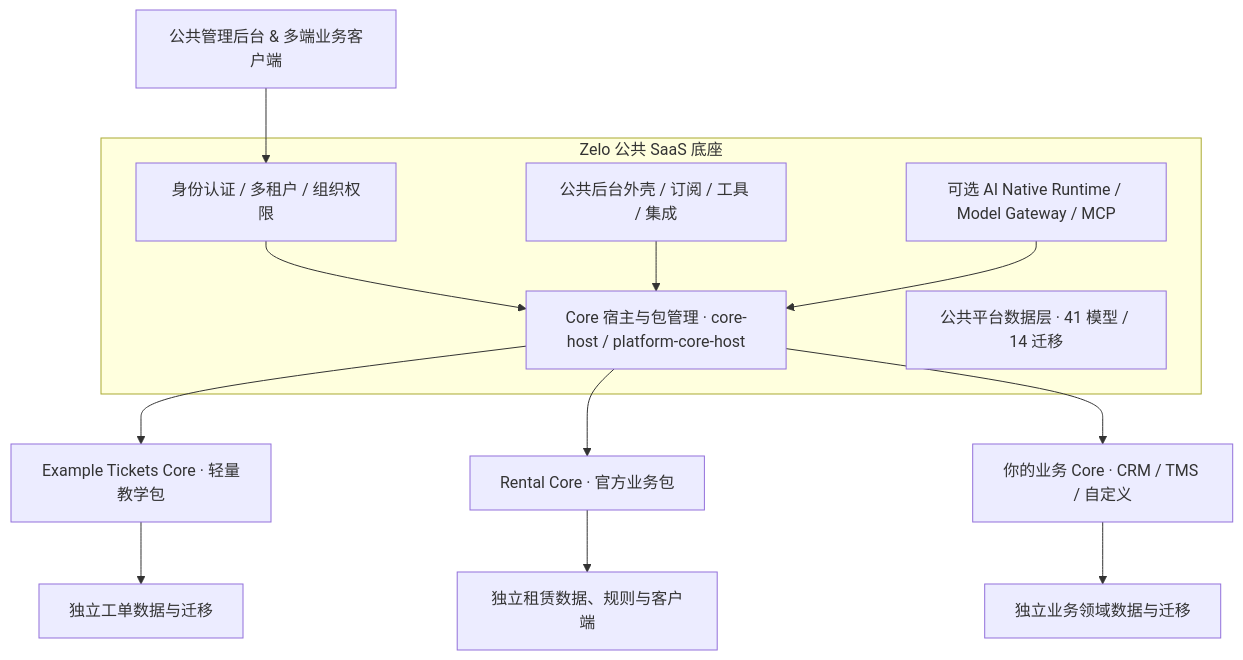
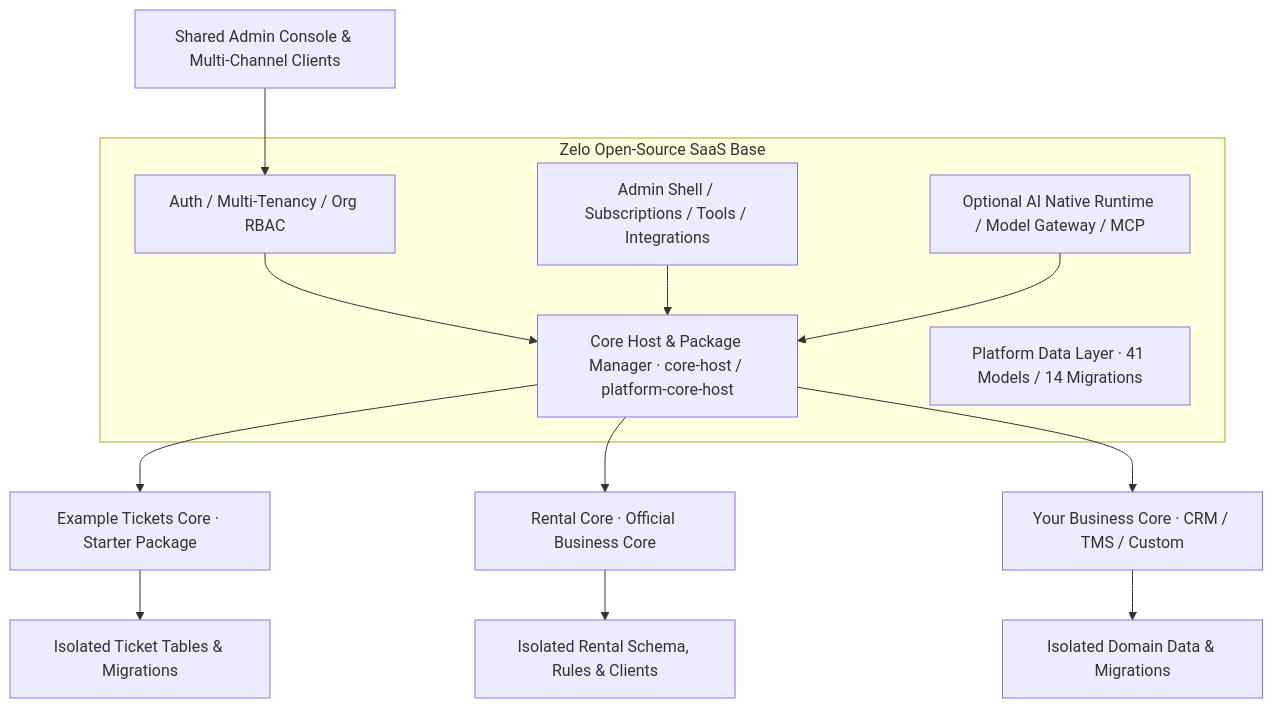
Before and after one commit to JinPen-G/Nativark: the diagram in README.md, drawn with Mermaid. The commit also changed other lines of this file and 6 other files, not shown here.

````diff
--- a/README.md
+++ b/README.md
@@ -72,16 +95,16 @@
 ```mermaid
 flowchart TD
-    UI[公共管理后台 & 多端业务客户端] --> Identity
-    subgraph Base[Zelo 公共 SaaS 底座]
-        Identity[身份认证 / 多租户 / 组织权限] --> CoreHost[Core 宿主与包管理 · core-host / platform-core-host]
-        Console[公共后台外壳 / 订阅 / 工具 / 集成] --> CoreHost
-        AI[可选 AI Native Runtime / Model Gateway / MCP] --> CoreHost
-        Data[公共平台数据层 · 41 模型 / 14 迁移]
+    UI[Shared Admin Console & Multi-Channel Clients] --> Identity
+    subgraph Base[Zelo Open-Source SaaS Base]
+        Identity[Auth / Multi-Tenancy / Org RBAC] --> CoreHost[Core Host & Package Manager · core-host / platform-core-host]
+        Console[Admin Shell / Subscriptions / Tools / Integrations] --> CoreHost
+        AI[Optional AI Native Runtime / Model Gateway / MCP] --> CoreHost
+        Data[Platform Data Layer · 41 Models / 14 Migrations]
     end
-    CoreHost --> Tickets[Example Tickets Core · 轻量教学包]
-    CoreHost --> Rental[Rental Core · 官方业务包]
-    CoreHost --> Custom[你的业务 Core · CRM / TMS / 自定义]
-    Tickets --> TicketsData[独立工单数据与迁移]
-    Rental --> RentalData[独立租赁数据、规则与客户端]
-    Custom --> CustomData[独立业务领域数据与迁移]
+    CoreHost --> Tickets[Example Tickets Core · Starter Package]
+    CoreHost --> Rental[Rental Core · Official Business Core]
+    CoreHost --> Custom[Your Business Core · CRM / TMS / Custom]
+    Tickets --> TicketsData[Isolated Ticket Tables & Migrations]
+    Rental --> RentalData[Isolated Rental Schema, Rules & Clients]
+    Custom --> CustomData[Isolated Domain Data & Migrations]
 ```
````
